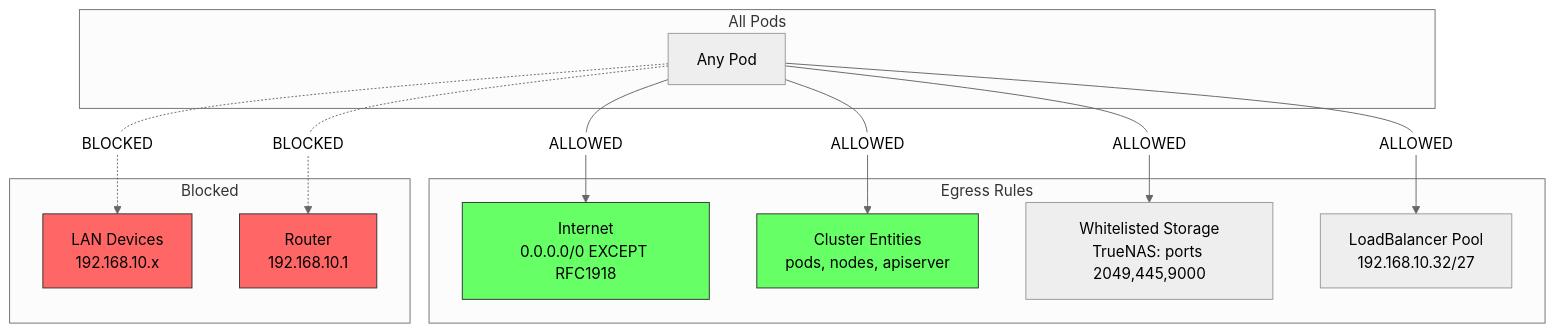
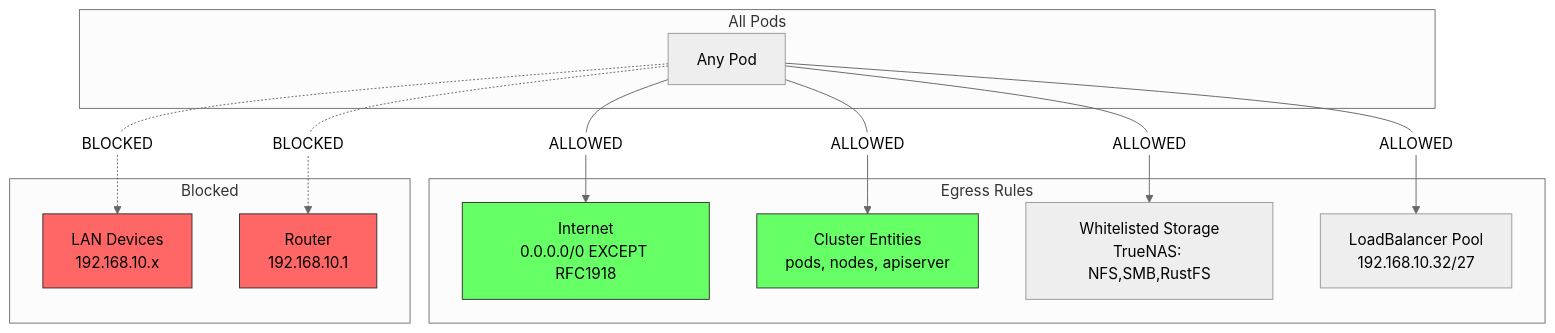
Before and after one commit to mitchross/talos-argocd-proxmox: the second of 3 diagrams in docs/network-policy.md, drawn with Mermaid (neutral theme). The commit also changed other lines of this file and 5 other files, not shown here.

````diff
--- a/docs/network-policy.md
+++ b/docs/network-policy.md
@@ -71,30 +71,30 @@
 ```mermaid
 graph TD
     subgraph "Egress Rules"
         Internet[Internet<br/>0.0.0.0/0 EXCEPT RFC1918]
         Cluster[Cluster Entities<br/>pods, nodes, apiserver]
-        Storage[Whitelisted Storage<br/>TrueNAS: ports 2049,445,9000]
+        Storage[Whitelisted Storage<br/>TrueNAS: NFS,SMB,RustFS]
         LB[LoadBalancer Pool<br/>192.168.10.32/27]
     end
 
     subgraph "All Pods"
         Pod[Any Pod]
     end
 
     subgraph "Blocked"
         LAN[LAN Devices<br/>192.168.10.x]
         Router[Router<br/>192.168.10.1]
     end
 
     Pod -->|ALLOWED| Internet
     Pod -->|ALLOWED| Cluster
     Pod -->|ALLOWED| Storage
     Pod -->|ALLOWED| LB
     Pod -.->|BLOCKED| LAN
     Pod -.->|BLOCKED| Router
 
     style LAN fill:#f66,stroke:#333
     style Router fill:#f66,stroke:#333
     style Internet fill:#6f6,stroke:#333
     style Cluster fill:#6f6,stroke:#333
 ```
````
